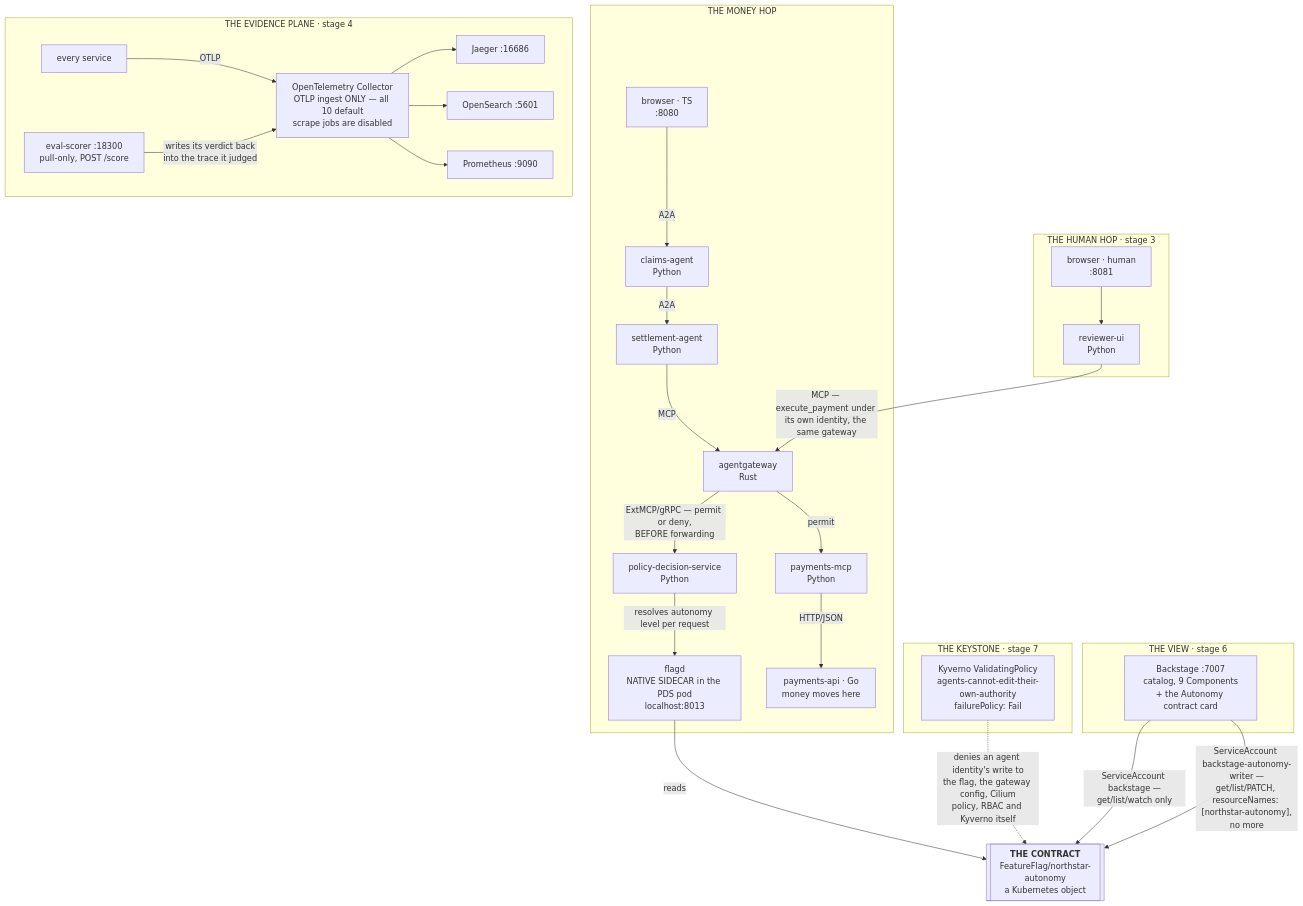
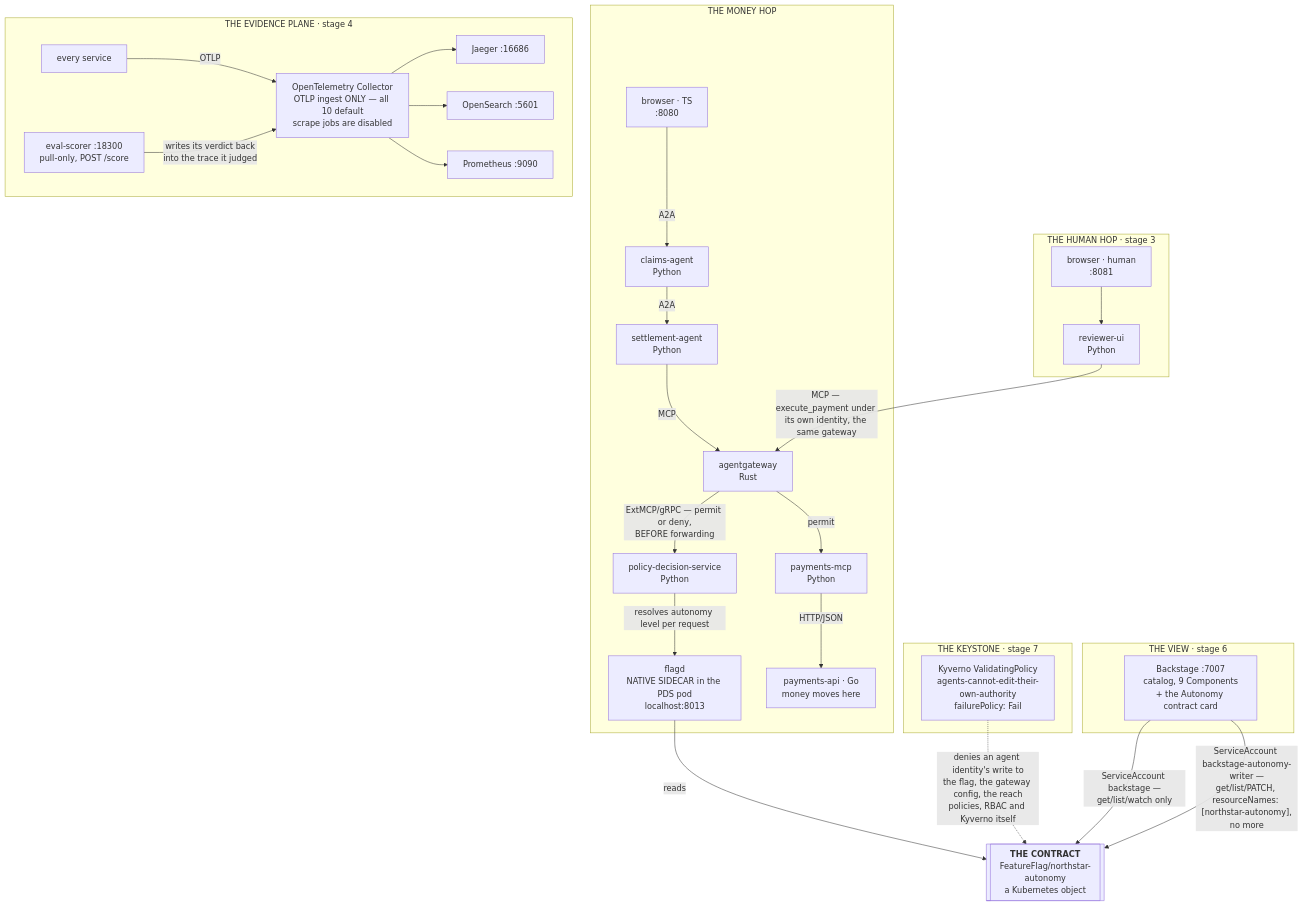
One commit to kaspernissen/aip-demo changed the second of 4 diagrams in docs/demo-runbook.md. Above: the diagram before and after it, drawn with Mermaid. The commit also changed other lines of this file and 30 other files, not shown here.

```diff
--- a/docs/demo-runbook.md
+++ b/docs/demo-runbook.md
@@ -105,66 +105,66 @@
 <pre class="mermaid">
 flowchart TD
     subgraph money["THE MONEY HOP"]
         br["`browser · TS
       :8080`"] -->|A2A| ca["`claims-agent
       Python`"]
         ca -->|A2A| sa["`settlement-agent
       Python`"]
         sa -->|MCP| gw["`agentgateway
       Rust`"]
         gw -->|"`ExtMCP/gRPC — permit or deny,
       BEFORE forwarding`"| pds["`policy-decision-service
       Python`"]
         pds -->|"resolves autonomy level per request"| fd["`flagd
       NATIVE SIDECAR in the PDS pod
       localhost:8013`"]
         gw -->|permit| pm["`payments-mcp
       Python`"]
         pm -->|"HTTP/JSON"| pa["`payments-api · Go
       money moves here`"]
     end
 
     ff[["`**THE CONTRACT**
       FeatureFlag/northstar-autonomy
       a Kubernetes object`"]]
     fd -->|reads| ff
 
     subgraph humanhop["THE HUMAN HOP · stage 3"]
         hb["`browser · human
       :8081`"] --> ru["`reviewer-ui
       Python`"]
     end
     ru -->|"MCP — execute_payment under its own identity, the same gateway"| gw
 
     subgraph evidence["THE EVIDENCE PLANE · stage 4"]
         svc["every service"] -->|OTLP| col["`OpenTelemetry Collector
       OTLP ingest ONLY — all 10 default
       scrape jobs are disabled`"]
         col --> jg["Jaeger :16686"]
         col --> os["OpenSearch :5601"]
         col --> pr["Prometheus :9090"]
         es["`eval-scorer :18300
       pull-only, POST /score`"] -->|"`writes its verdict back
       into the trace it judged`"| col
     end
 
     subgraph view["THE VIEW · stage 6"]
         bs["`Backstage :7007
       catalog, 9 Components
       + the Autonomy contract card`"]
     end
 
     subgraph keystone["THE KEYSTONE · stage 7"]
         kv["`Kyverno ValidatingPolicy
       agents-cannot-edit-their-own-authority
       failurePolicy: Fail`"]
     end
     kv -.->|"`denies an agent identity's write to
-      the flag, the gateway config, Cilium
-      policy, RBAC and Kyverno itself`"| ff
+      the flag, the gateway config, the reach
+      policies, RBAC and Kyverno itself`"| ff
     bs -->|"`ServiceAccount backstage —
       get/list/watch only`"| ff
     bs -->|"`ServiceAccount backstage-autonomy-writer —
       get/list/PATCH, resourceNames: [northstar-autonomy],
       no more`"| ff
 </pre>
```
